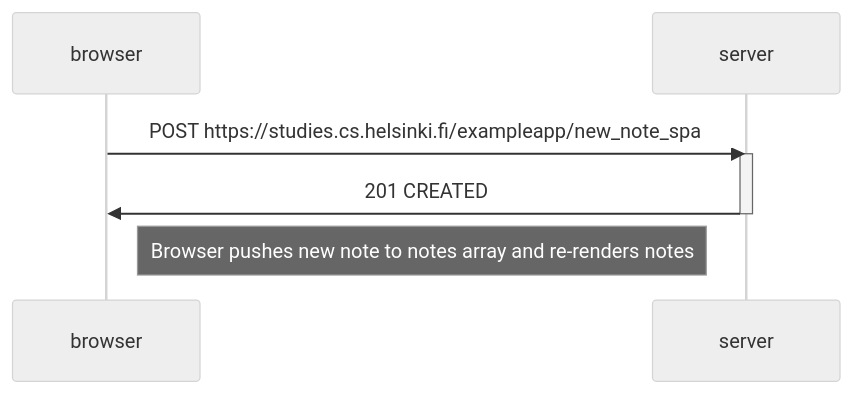
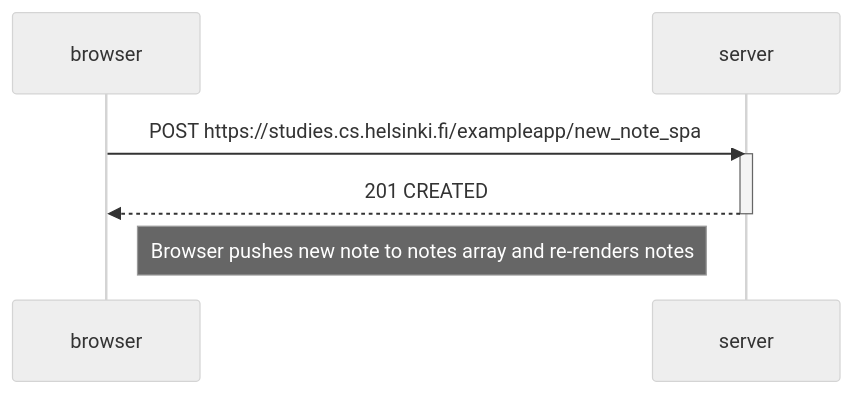
One commit to feelware/fullstackopen changed the diagram in part0/0.6.md. Above: the diagram before and after it, drawn with Mermaid (neutral theme). The commit also changed 2 other files, not shown here.

Commit message:
fix: server -> browser solid arrows to dotted

````diff
--- a/part0/0.6.md
+++ b/part0/0.6.md
@@ -1,12 +1,12 @@
 ```mermaid
 sequenceDiagram
     participant browser
     participant server
 
     browser->>server: POST https://studies.cs.helsinki.fi/exampleapp/new_note_spa
     activate server
-    server->>browser: 201 CREATED
+    server-->>browser: 201 CREATED
     deactivate server
 
     Note right of browser: Browser pushes new note to notes array and re-renders notes
 ```
````
